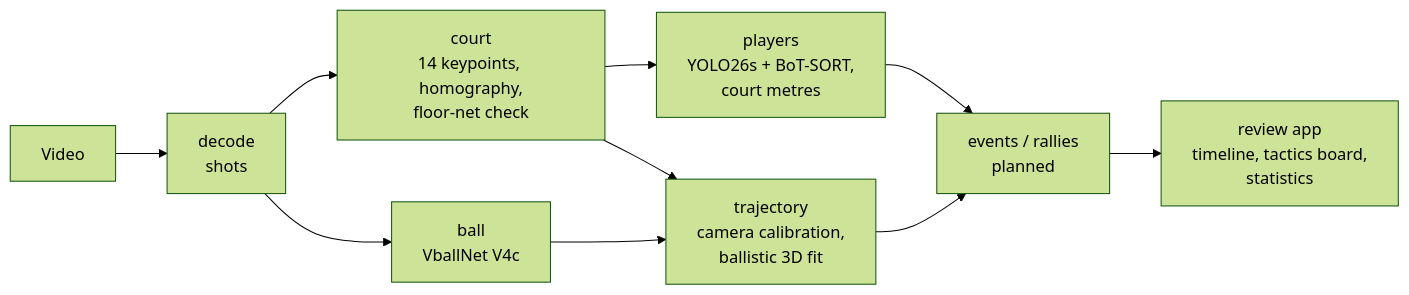
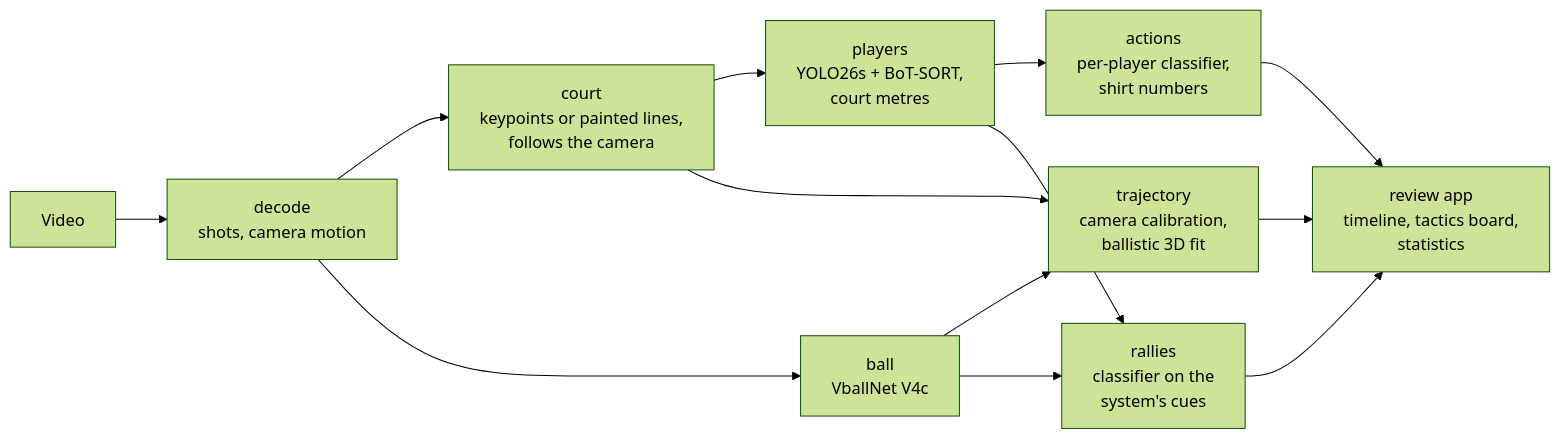
Before and after one commit to DL-Volleyball-Analysis/volleyball-analysis: the diagram in README.md, drawn with Mermaid (forest theme). The commit also changed other lines of this file and 29 other files, not shown here.

Commit message:
Clean-up: unused code removed (actors.with_ball, court.CORNERS / is_in, needless frontend exports); README pipeline, results and layout updated; plans archived (follow-camera-motion, speed-up-analysis, refresh-landing-page); moving-camera results

````diff
--- a/README.md
+++ b/README.md
@@ -23,12 +23,15 @@
 ```mermaid
 flowchart LR
-  V[Video] --> D[decode<br/>shots]
-  D --> C[court<br/>14 keypoints, homography,<br/>floor-net check]
+  V[Video] --> D[decode<br/>shots, camera motion]
+  D --> C[court<br/>keypoints or painted lines,<br/>follows the camera]
   D --> B[ball<br/>VballNet V4c]
   C --> P[players<br/>YOLO26s + BoT-SORT,<br/>court metres]
+  P --> A[actions<br/>per-player classifier,<br/>shirt numbers]
   B --> T[trajectory<br/>camera calibration,<br/>ballistic 3D fit]
   C --> T
-  P --> E[events / rallies<br/>planned]
-  T --> E
-  E --> UI[review app<br/>timeline, tactics board,<br/>statistics]
+  P --> R[rallies<br/>classifier on the<br/>system's cues]
+  B --> R
+  A --> UI[review app<br/>timeline, tactics board,<br/>statistics]
+  T --> UI
+  R --> UI
 ```
````
